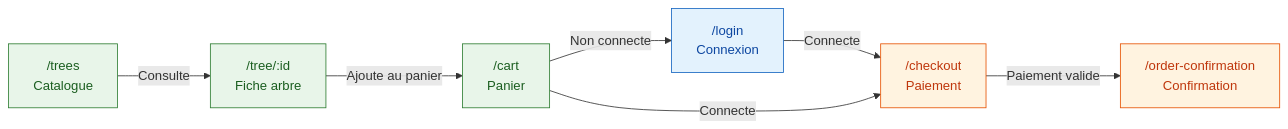
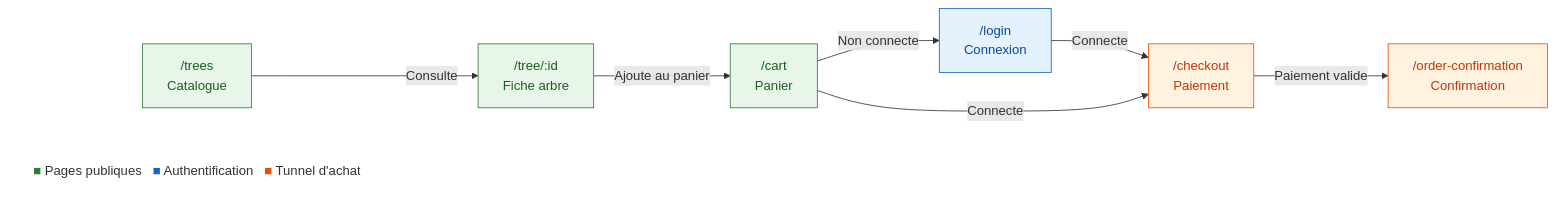
One commit to tonympt/dossier-projet-cda changed the diagram in diagrammes/parcours-achat.md. Above: the diagram before and after it, drawn with Mermaid. The commit also changed 7 other files, not shown here.

First line of the commit message:
docs(diagrammes): archi applicative + légendes discrètes + maj notes-oral CI/CD

````diff
--- a/diagrammes/parcours-achat.md
+++ b/diagrammes/parcours-achat.md
@@ -3,24 +3,27 @@
 ```mermaid
 flowchart LR
     classDef public fill:#e8f5e9,stroke:#2e7d32,color:#1b5e20
     classDef auth fill:#e3f2fd,stroke:#1565c0,color:#0d47a1
     classDef checkout fill:#fff3e0,stroke:#e65100,color:#bf360c
 
     Catalogue["/trees<br/>Catalogue"]
     Fiche["/tree/:id<br/>Fiche arbre"]
     Panier["/cart<br/>Panier"]
     Login["/login<br/>Connexion"]
     Checkout["/checkout<br/>Paiement"]
     Confirmation["/order-confirmation<br/>Confirmation"]
 
     Catalogue -->|"Consulte"| Fiche
     Fiche -->|"Ajoute au panier"| Panier
     Panier -->|"Non connecte"| Login
     Login -->|"Connecte"| Checkout
     Panier -->|"Connecte"| Checkout
     Checkout -->|"Paiement valide"| Confirmation
 
     class Catalogue,Fiche,Panier public
     class Login auth
     class Checkout,Confirmation checkout
+
+    Legende["<span style='white-space:nowrap'><span style='color:#2e7d32'>■</span> Pages publiques &nbsp; <span style='color:#1565c0'>■</span> Authentification &nbsp; <span style='color:#e65100'>■</span> Tunnel d'achat</span>"]
+    style Legende fill:none,stroke:none
 ```
````
